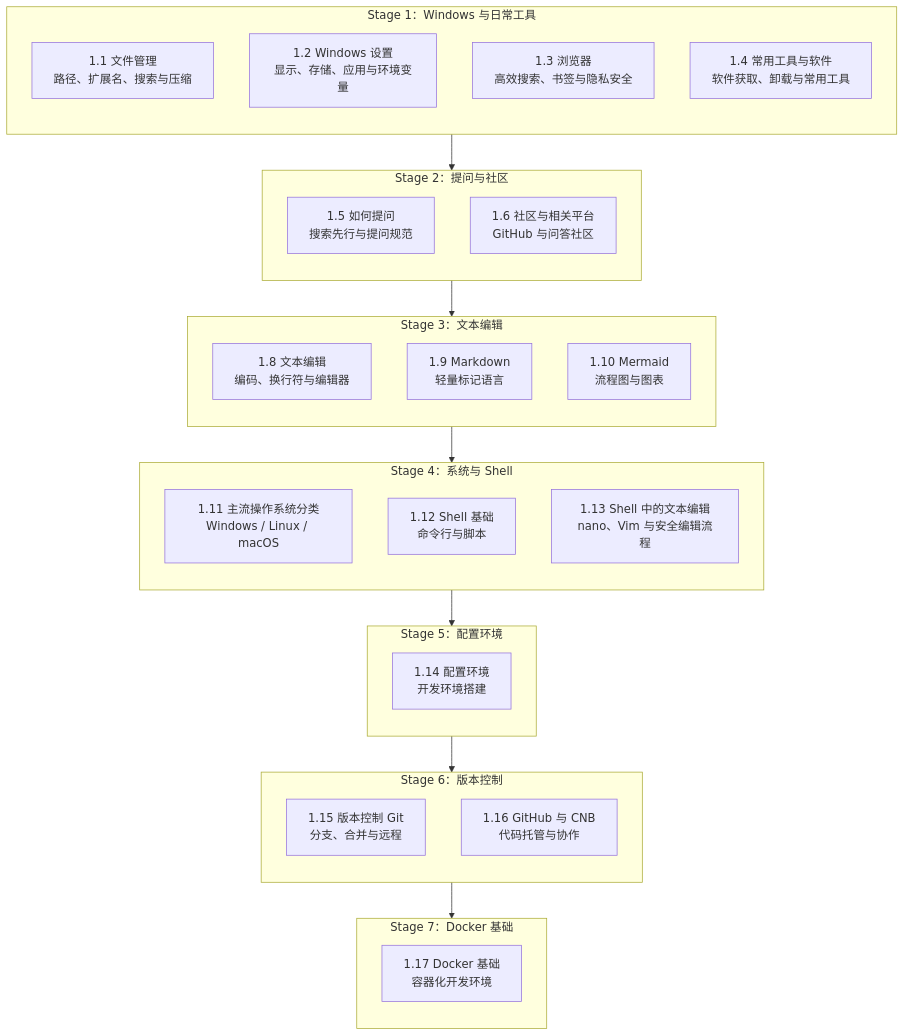
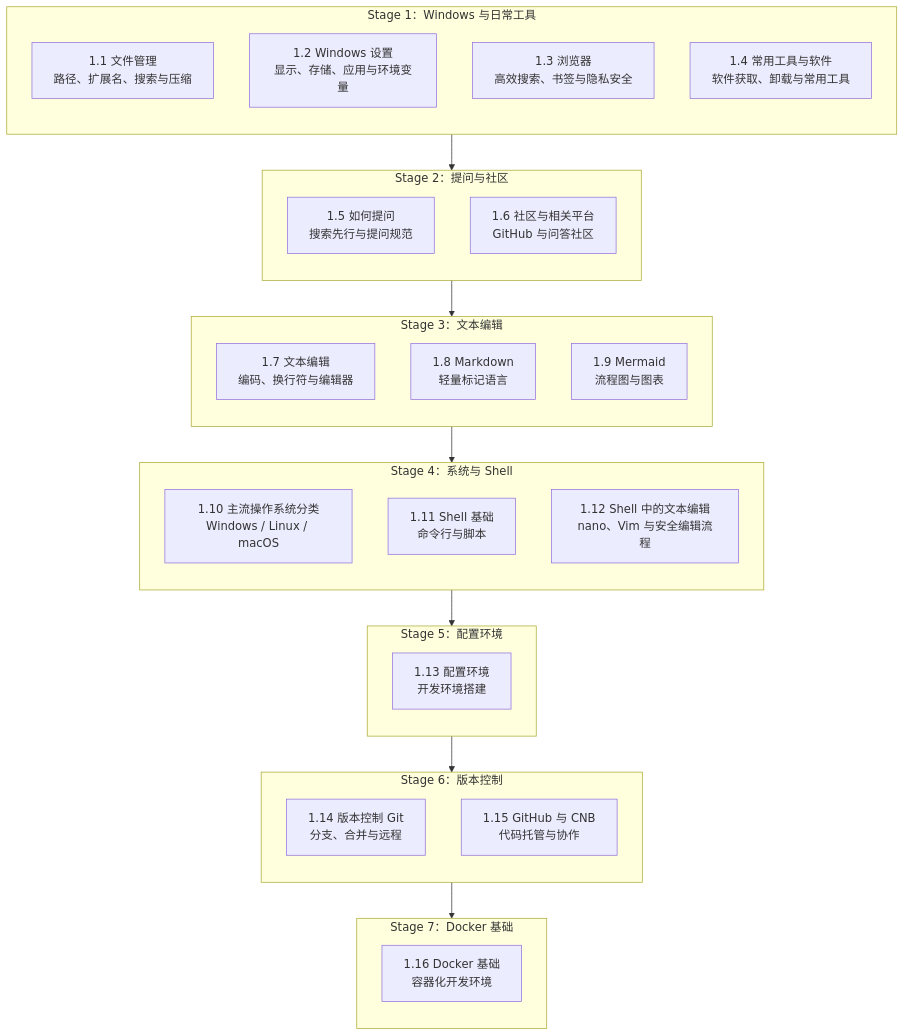
The diagram in content/docs/zh/ch1/index.mdx (SSJ-ZYJ/Neoverse-Doc), drawn with Mermaid before and after one commit. The commit also changed other lines of this file and 2 other files, not shown here.

````diff
--- a/content/docs/zh/ch1/index.mdx
+++ b/content/docs/zh/ch1/index.mdx
@@ -26,48 +26,48 @@
 ```mermaid
 flowchart TD
     subgraph S1[Stage 1：Windows 与日常工具]
         direction TB
         S1_1["1.1 文件管理<br/>路径、扩展名、搜索与压缩"]
         S1_2["1.2 Windows 设置<br/>显示、存储、应用与环境变量"]
         S1_3["1.3 浏览器<br/>高效搜索、书签与隐私安全"]
         S1_4["1.4 常用工具与软件<br/>软件获取、卸载与常用工具"]
     end
 
     subgraph S2[Stage 2：提问与社区]
         direction TB
         S2_1["1.5 如何提问<br/>搜索先行与提问规范"]
         S2_2["1.6 社区与相关平台<br/>GitHub 与问答社区"]
     end
 
     subgraph S3[Stage 3：文本编辑]
         direction TB
-        S3_1["1.8 文本编辑<br/>编码、换行符与编辑器"]
-        S3_2["1.9 Markdown<br/>轻量标记语言"]
-        S3_3["1.10 Mermaid<br/>流程图与图表"]
+        S3_1["1.7 文本编辑<br/>编码、换行符与编辑器"]
+        S3_2["1.8 Markdown<br/>轻量标记语言"]
+        S3_3["1.9 Mermaid<br/>流程图与图表"]
     end
 
     subgraph S4[Stage 4：系统与 Shell]
         direction TB
-        S4_1["1.11 主流操作系统分类<br/>Windows / Linux / macOS"]
-        S4_2["1.12 Shell 基础<br/>命令行与脚本"]
-        S4_3["1.13 Shell 中的文本编辑<br/>nano、Vim 与安全编辑流程"]
+        S4_1["1.10 主流操作系统分类<br/>Windows / Linux / macOS"]
+        S4_2["1.11 Shell 基础<br/>命令行与脚本"]
+        S4_3["1.12 Shell 中的文本编辑<br/>nano、Vim 与安全编辑流程"]
     end
 
     subgraph S5[Stage 5：配置环境]
         direction TB
-        S5_1["1.14 配置环境<br/>开发环境搭建"]
+        S5_1["1.13 配置环境<br/>开发环境搭建"]
     end
 
     subgraph S6[Stage 6：版本控制]
         direction TB
-        S6_1["1.15 版本控制 Git<br/>分支、合并与远程"]
-        S6_2["1.16 GitHub 与 CNB<br/>代码托管与协作"]
+        S6_1["1.14 版本控制 Git<br/>分支、合并与远程"]
+        S6_2["1.15 GitHub 与 CNB<br/>代码托管与协作"]
     end
 
     subgraph S7[Stage 7：Docker 基础]
         direction TB
-        S7_1["1.17 Docker 基础<br/>容器化开发环境"]
+        S7_1["1.16 Docker 基础<br/>容器化开发环境"]
     end
 
     S1 --> S2 --> S3 --> S4 --> S5 --> S6 --> S7
 ```
````
